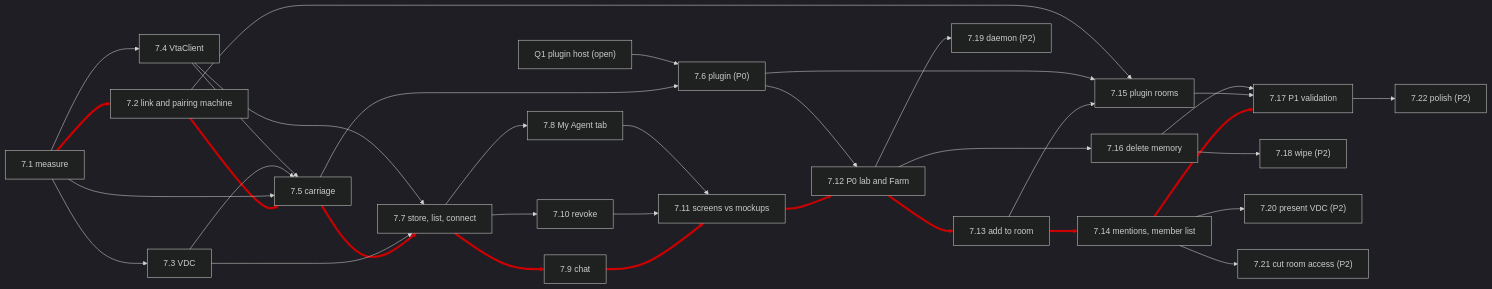
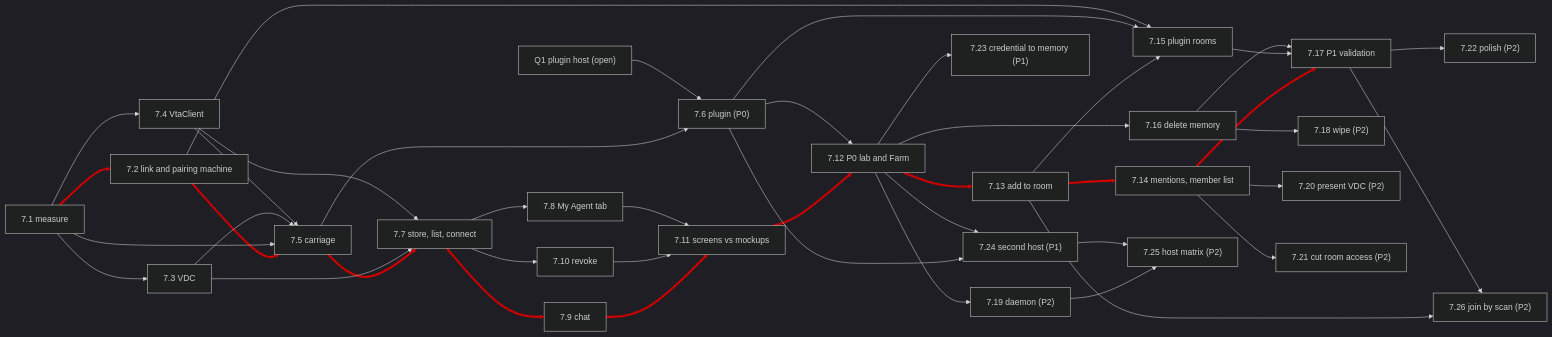
Before and after one commit to berkmancenter/keyring-wallet: the fourth of 4 diagrams in docs/plans/agent-connect-plan.md, drawn with Mermaid (dark theme). The commit also changed other lines of this file, not shown here.

First line of the commit message:
docs(plans): agent connect, credentials in memory (P1), join by scan (P2), host contract and matrix

````diff
--- a/docs/plans/agent-connect-plan.md
+++ b/docs/plans/agent-connect-plan.md
@@ -972,61 +1017,72 @@
 ```mermaid
 flowchart LR
   Q1["Q1 plugin host (open)"]
   p1["7.1 measure"]
   p2["7.2 link and pairing machine"]
   p3["7.3 VDC"]
   p4["7.4 VtaClient"]
   p5["7.5 carriage"]
   p6["7.6 plugin (P0)"]
   p7["7.7 store, list, connect"]
   p8["7.8 My Agent tab"]
   p9["7.9 chat"]
   p10["7.10 revoke"]
   p11["7.11 screens vs mockups"]
   p12["7.12 P0 lab and Farm"]
   p13["7.13 add to room"]
   p14["7.14 mentions, member list"]
   p15["7.15 plugin rooms"]
   p16["7.16 delete memory"]
   p17["7.17 P1 validation"]
   p18["7.18 wipe (P2)"]
   p19["7.19 daemon (P2)"]
   p20["7.20 present VDC (P2)"]
   p21["7.21 cut room access (P2)"]
   p22["7.22 polish (P2)"]
+  p23["7.23 credential to memory (P1)"]
+  p24["7.24 second host (P1)"]
+  p25["7.25 host matrix (P2)"]
+  p26["7.26 join by scan (P2)"]
   p1 --> p2
   p2 --> p5
   p5 --> p7
   p7 --> p9
   p9 --> p11
   p11 --> p12
   p3 --> p7
   p4 --> p7
   p7 --> p10
   p10 --> p11
   p8 --> p11
   p5 --> p6
   p6 --> p12
   Q1 --> p6
   p12 --> p13
   p13 --> p14
   p13 --> p15
   p6 --> p15
   p12 --> p16
   p14 --> p17
   p15 --> p17
   p16 --> p17
   p16 --> p18
   p14 --> p20
   p14 --> p21
   p17 --> p22
   p12 --> p19
   p1 --> p5
   p1 --> p3
   p1 --> p4
   p7 --> p8
   p3 --> p5
   p4 --> p5
   p2 --> p15
+  p12 --> p23
+  p6 --> p24
+  p12 --> p24
+  p19 --> p25
+  p24 --> p25
+  p13 --> p26
+  p17 --> p26
   linkStyle 0,1,2,3,4,5,14,15,19 stroke:#c00,stroke-width:4px
 ```
````
